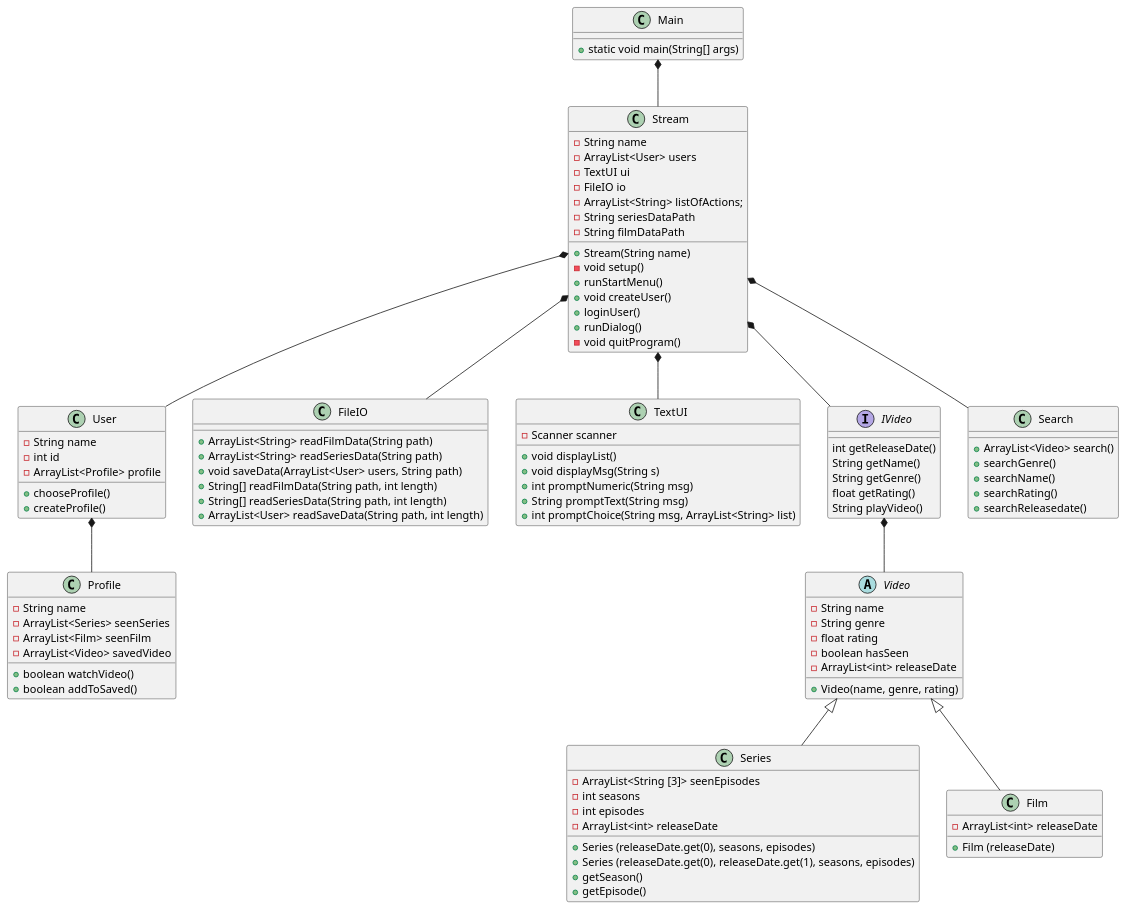
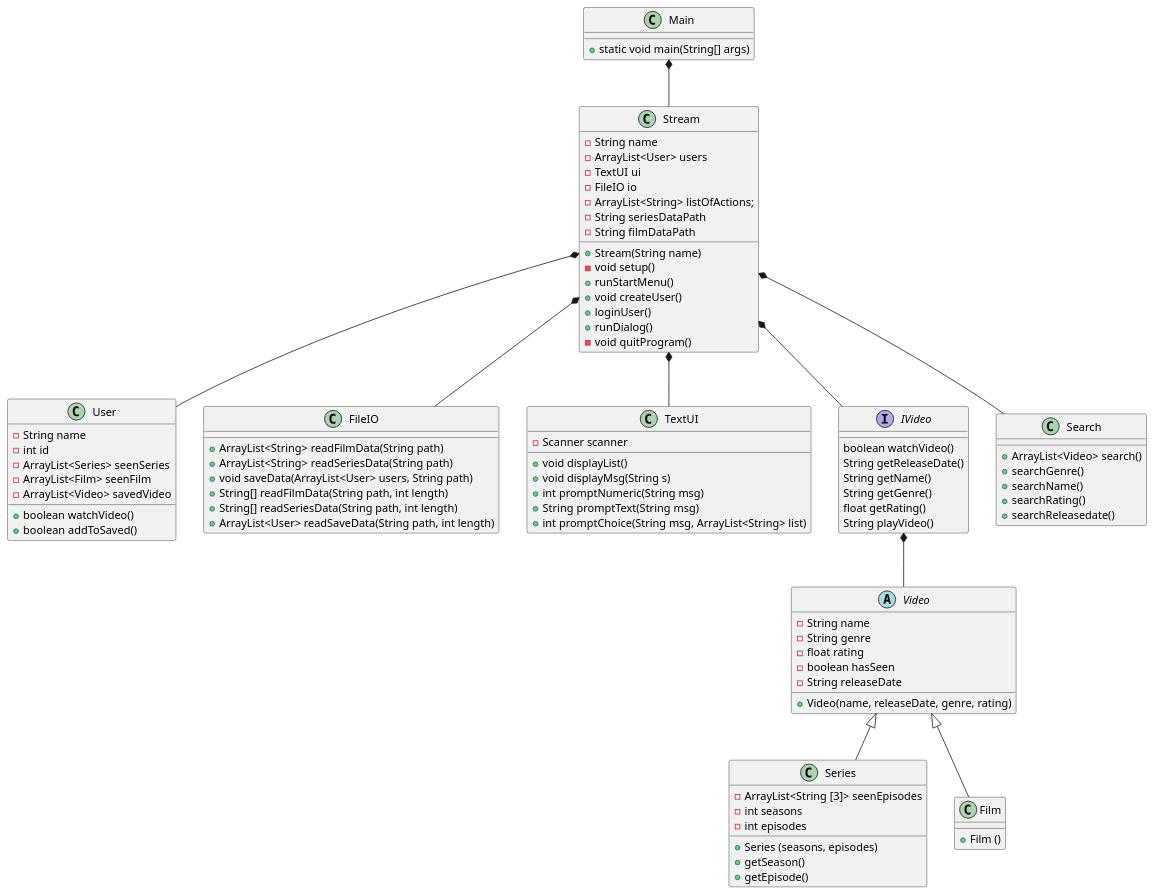
The diagram in doc/Plan/static/classdiagram.puml (Gervig/SP3-Gruppe-C), drawn with PlantUML before and after one commit. The commit also changed 1 other file, not shown here.

Commit message:
Fjernet profile

```diff
--- a/doc/Plan/static/classdiagram.puml
+++ b/doc/Plan/static/classdiagram.puml
@@ -1,136 +1,121 @@
 @startuml
 'https://plantuml.com/class-diagram
 
 class Main{
 + static void main(String[] args)
 }
 
 class Stream{
 - String name
 'utilities
 - ArrayList<User> users
 - TextUI ui
 - FileIO io
 - ArrayList<String> listOfActions;
 - String seriesDataPath
 - String filmDataPath
 'constructor
 + Stream(String name)
 'methods
 - void setup()
 ' setup er til er at læse data
 + runStartMenu()
 + void createUser()
 ' skal createUser være void? Det er den i matador
 ' createUser skal vel checke om der er andre med det brugernavn
 + loginUser()
 ' skal loginUser være void?
 ' den skal vel checke om der er en user med det username
 + runDialog()
 ' i runDialog kan man vælge at søge
 - void quitProgram()
 }
 
 
 class User{
--String name
+- String name
 - int id
--ArrayList<Profile> profile
-+ chooseProfile()
-+ createProfile()
-' skal den checke om den user har en profil med det brugernavn?
-}
-
-class Profile{
-- String name
 - ArrayList<Series> seenSeries
 - ArrayList<Film> seenFilm
 - ArrayList<Video> savedVideo
 + boolean watchVideo()
 + boolean addToSaved()
-'bør disse være under IVideo eller video i stedet?
+}
 
-}
 class FileIO{
 + ArrayList<String> readFilmData(String path)
 + ArrayList<String> readSeriesData(String path)
 + void saveData(ArrayList<User> users, String path)
 + String[] readFilmData(String path, int length)
 + String[] readSeriesData(String path, int length)
 + ArrayList<User> readSaveData(String path, int length)
 }
 
 class TextUI{
 - Scanner scanner
 + void displayList()
 + void displayMsg(String s)
 + int promptNumeric(String msg)
 + String promptText(String msg)
 + int promptChoice(String msg, ArrayList<String> list)
 }
 
 interface IVideo {
-int getReleaseDate()
+boolean watchVideo()
+String getReleaseDate()
 String getName()
 String getGenre()
 float getRating()
 String playVideo()
 }
 
 abstract Class Video{
 - String name
 - String genre
 - float rating
 - boolean hasSeen
-- ArrayList<int> releaseDate
+- String releaseDate
 'constructor
-+ Video(name, genre, rating)
++ Video(name, releaseDate, genre, rating)
 }
 
 class Series{
 - ArrayList<String [3]> seenEpisodes
 - int seasons
 - int episodes
-- ArrayList<int> releaseDate
-'constructor - hvis serien ikke er slut
-+ Series (releaseDate.get(0), seasons, episodes)
-'constructor - hvis serien er afsluttet
-+ Series (releaseDate.get(0), releaseDate.get(1), seasons, episodes)
++ Series (seasons, episodes)
 + getSeason()
 + getEpisode()
 }
 
 class Film {
-- ArrayList<int> releaseDate
 'constructor
-+ Film (releaseDate)
++ Film ()
 }
 
 
 class Search{
 + ArrayList<Video> search()
 'methods til de forskellige søgemuligheder
 ' Skal disse returnere objekterne fra video?
 + searchGenre()
 + searchName()
 + searchRating()
 + searchReleasedate()
 'skal vi have funktioner der kun søger blandt serier og film adskilt?
 }
 
 IVideo *-- Video
 
 Video <|-- Series
 Video <|-- Film
 
-User *-- Profile
-
 Main *-- Stream
 
 Stream *-- User
 Stream *-- FileIO
 Stream *-- TextUI
 Stream *-- IVideo
 Stream *-- Search
 
 @enduml
```
